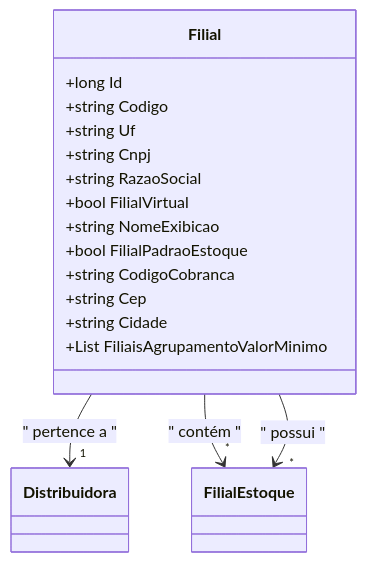
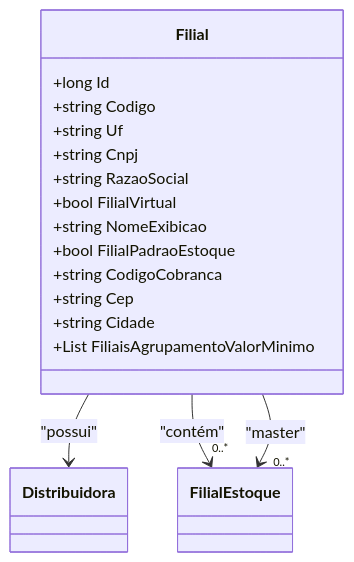
Before and after one commit to IsthmusSistemas/documentacao-tecnica: the second of 2 diagrams in docs/b2b-dominio/IsthmusWinthor.Nucleo/IsthmusWinthor.Dominio/Entidades/Filial.md, drawn with Mermaid. The commit also changed other lines of this file and 882 other files, not shown here.

````diff
--- a/docs/b2b-dominio/IsthmusWinthor.Nucleo/IsthmusWinthor.Dominio/Entidades/Filial.md
+++ b/docs/b2b-dominio/IsthmusWinthor.Nucleo/IsthmusWinthor.Dominio/Entidades/Filial.md
@@ -53,23 +48,24 @@
 ```mermaid
 classDiagram
     class Filial {
         +long Id
         +string Codigo
         +string Uf
         +string Cnpj
         +string RazaoSocial
         +bool FilialVirtual
         +string NomeExibicao
         +bool FilialPadraoEstoque
         +string CodigoCobranca
         +string Cep
         +string Cidade
         +List<string> FiliaisAgrupamentoValorMinimo
     }
+    
     class Distribuidora
     class FilialEstoque
     
-    Filial --> "1" Distribuidora : " pertence a "
-    Filial --> "*" FilialEstoque : " contém "
-    Filial --> "*" FilialEstoque : " possui "
+    Filial --> Distribuidora : "possui"
+    Filial --> "0..*" FilialEstoque : "contém"
+    Filial --> "0..*" FilialEstoque : "master"
 ```
````
